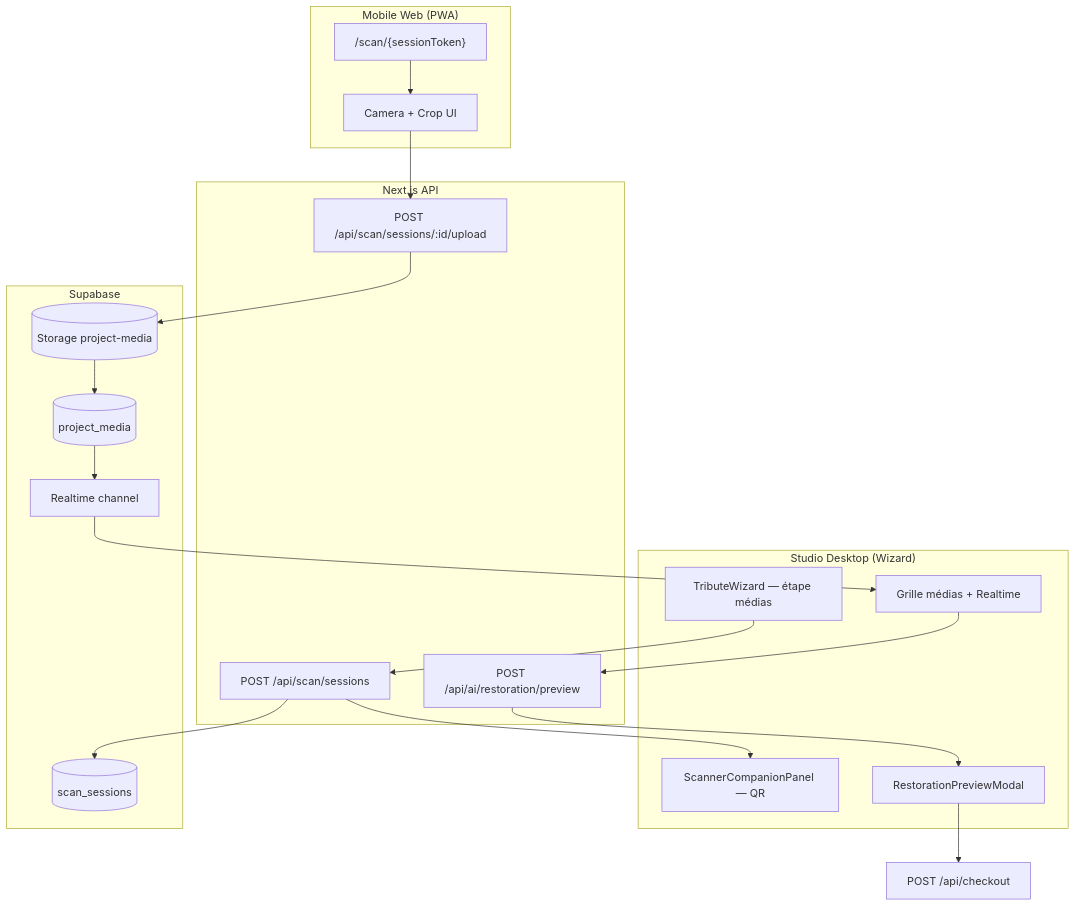
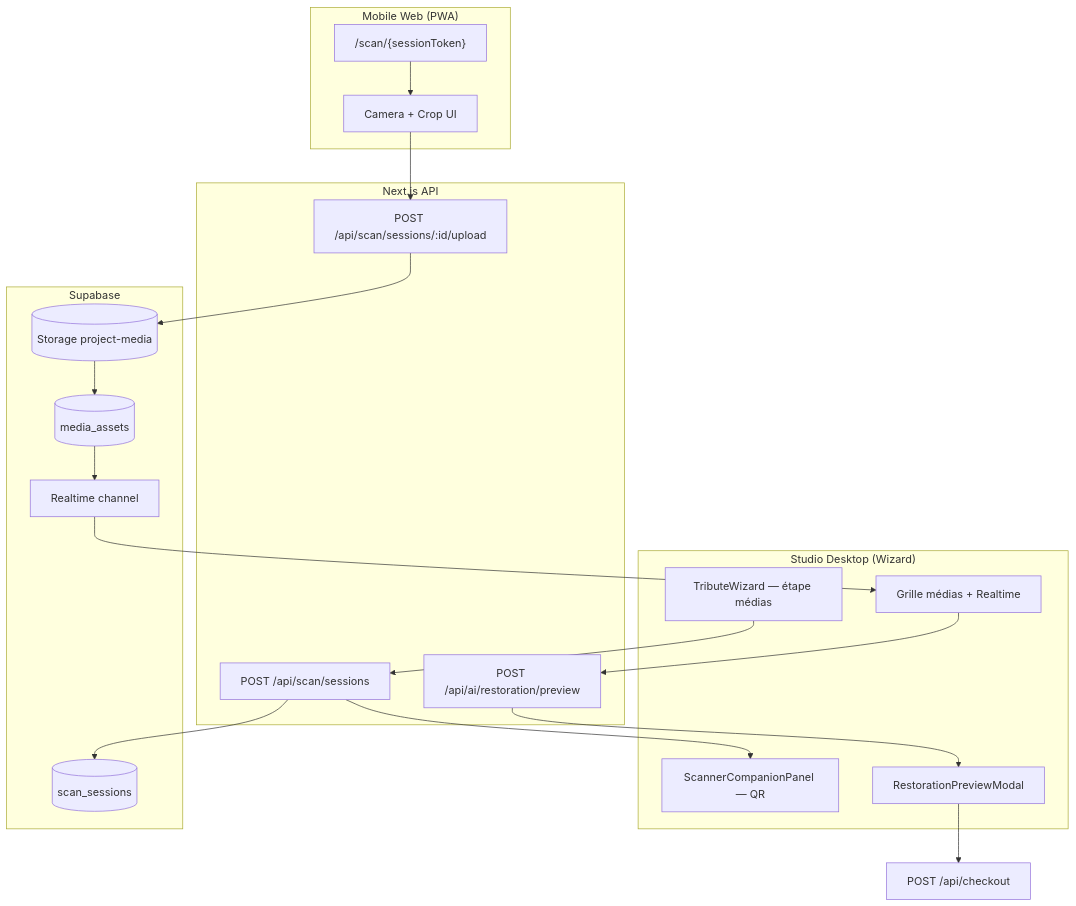
One commit to Lyra-OD/odyssey-web changed the diagram in docs/SCANNER_COMPANION.md. Above: the diagram before and after it, drawn with Mermaid. The commit also changed other lines of this file and 7 other files, not shown here.

````diff
--- a/docs/SCANNER_COMPANION.md
+++ b/docs/SCANNER_COMPANION.md
@@ -98,34 +100,34 @@
 ```mermaid
 flowchart TB
   subgraph Desktop["Studio Desktop (Wizard)"]
     W[TributeWizard — étape médias]
     QR[ScannerCompanionPanel — QR]
     G[Grille médias + Realtime]
     AA[RestorationPreviewModal]
   end
 
   subgraph Mobile["Mobile Web (PWA)"]
     S["/scan/{sessionToken}"]
     CAM[Camera + Crop UI]
   end
 
   subgraph API["Next.js API"]
     CREATE[POST /api/scan/sessions]
     UPLOAD[POST /api/scan/sessions/:id/upload]
     RESTORE[POST /api/ai/restoration/preview]
   end
 
   subgraph Backend["Supabase"]
     SS[(scan_sessions)]
     ST[(Storage project-media)]
-    PM[(project_media)]
+    PM[(media_assets)]
     RT[Realtime channel]
   end
 
   W --> CREATE --> SS
   CREATE --> QR
   S --> CAM --> UPLOAD --> ST --> PM
   PM --> RT --> G
   G --> RESTORE --> AA
   AA --> Checkout[POST /api/checkout]
 ```
````
